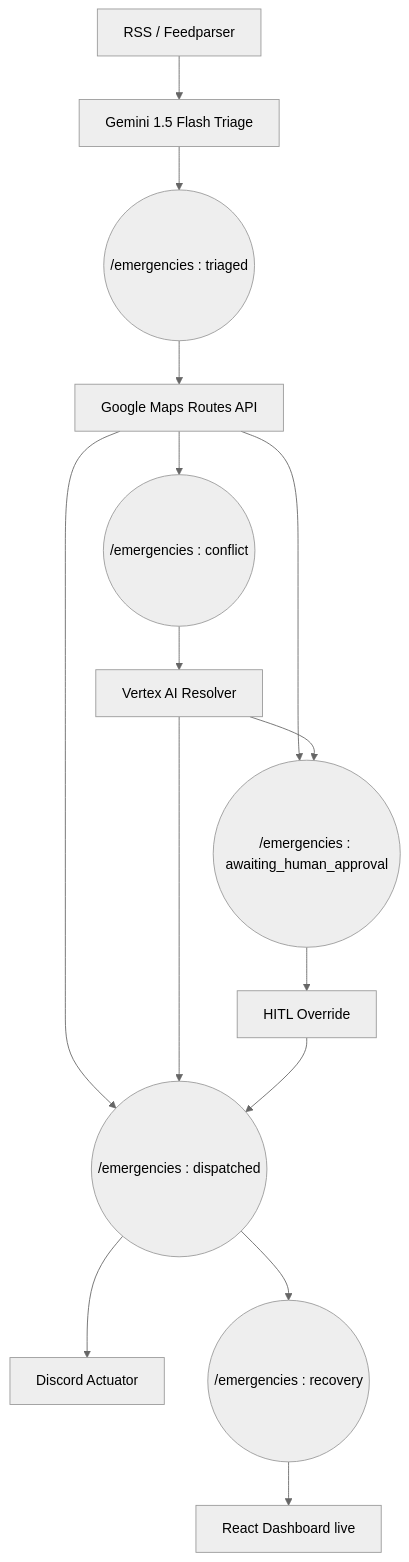
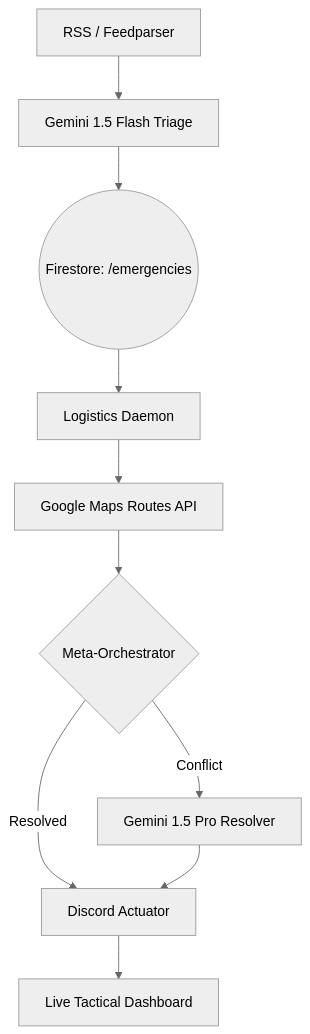
Before and after one commit to seeramsujay/sentinel-mind: the diagram in README.md, drawn with Mermaid (neutral theme). The commit also changed other lines of this file and 7 other files, not shown here.

````diff
--- a/README.md
+++ b/README.md
@@ -14,17 +19,12 @@
 ```mermaid
 graph TD
     A[RSS / Feedparser] --> B[Gemini 1.5 Flash Triage]
-    B --> C((/emergencies : triaged))
-    C --> D[Google Maps Routes API]
-    D --> E((/emergencies : conflict))
-    D --> F((/emergencies : dispatched))
-    D --> G((/emergencies : awaiting_human_approval))
-    E --> H[Vertex AI Resolver]
-    H --> F
-    H --> G
-    G --> I[HITL Override]
-    I --> F
-    F --> J[Discord Actuator]
-    F --> K((/emergencies : recovery))
-    K --> L[React Dashboard live]
+    B --> C((Firestore: /emergencies))
+    C --> D[Logistics Daemon]
+    D --> E[Google Maps Routes API]
+    E --> F{Meta-Orchestrator}
+    F -->|Conflict| G[Gemini 1.5 Pro Resolver]
+    F -->|Resolved| H[Discord Actuator]
+    G --> H
+    H --> I[Live Tactical Dashboard]
 ```
````
